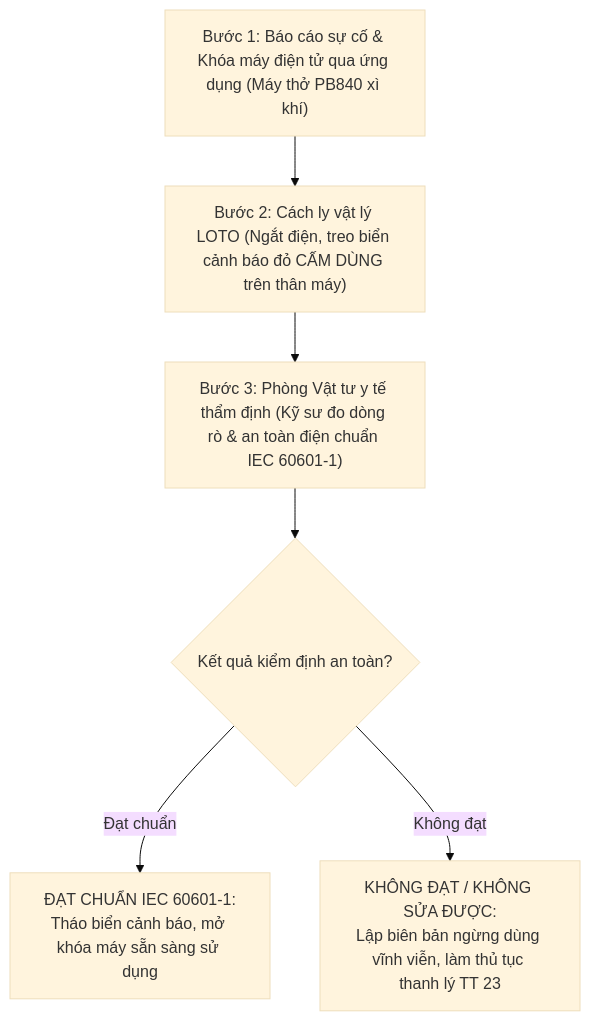
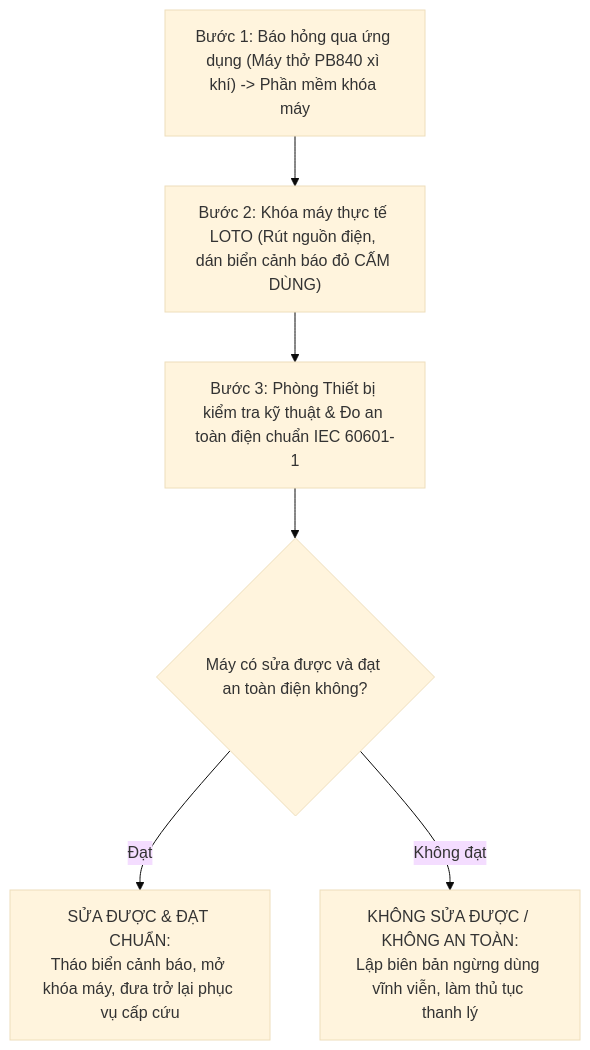
One commit to TontonYuta/clinical-ward changed the second of 3 diagrams in docs/Bao_Cao_Tien_Do_Tuan_3.md. Above: the diagram before and after it, drawn with Mermaid (base theme). The commit also changed other lines of this file and 2 other files, not shown here.

````diff
--- a/docs/Bao_Cao_Tien_Do_Tuan_3.md
+++ b/docs/Bao_Cao_Tien_Do_Tuan_3.md
@@ -83,13 +83,13 @@
 ```mermaid
 flowchart TD
-    E1["Bước 1: Báo cáo sự cố & Khóa máy điện tử qua ứng dụng (Máy thở PB840 xì khí)"]
-    E2["Bước 2: Cách ly vật lý LOTO (Ngắt điện, treo biển cảnh báo đỏ CẤM DÙNG trên thân máy)"]
-    E3["Bước 3: Phòng Vật tư y tế thẩm định (Kỹ sư đo dòng rò & an toàn điện chuẩn IEC 60601-1)"]
-    DEC{"Kết quả kiểm định an toàn?"}
-    PASS["ĐẠT CHUẨN IEC 60601-1:<br/>Tháo biển cảnh báo, mở khóa máy sẵn sàng sử dụng"]
-    FAIL["KHÔNG ĐẠT / KHÔNG SỬA ĐƯỢC:<br/>Lập biên bản ngừng dùng vĩnh viễn, làm thủ tục thanh lý TT 23"]
+    E1["Bước 1: Báo hỏng qua ứng dụng (Máy thở PB840 xì khí) -> Phần mềm khóa máy"]
+    E2["Bước 2: Khóa máy thực tế LOTO (Rút nguồn điện, dán biển cảnh báo đỏ CẤM DÙNG)"]
+    E3["Bước 3: Phòng Thiết bị kiểm tra kỹ thuật & Đo an toàn điện chuẩn IEC 60601-1"]
+    DEC{"Máy có sửa được và đạt an toàn điện không?"}
+    PASS["SỬA ĐƯỢC & ĐẠT CHUẨN:<br/>Tháo biển cảnh báo, mở khóa máy, đưa trở lại phục vụ cấp cứu"]
+    FAIL["KHÔNG SỬA ĐƯỢC / KHÔNG AN TOÀN:<br/>Lập biên bản ngừng dùng vĩnh viễn, làm thủ tục thanh lý"]
 
     E1 --> E2 --> E3 --> DEC
-    DEC -- "Đạt chuẩn" --> PASS
+    DEC -- "Đạt" --> PASS
     DEC -- "Không đạt" --> FAIL
 ```
````
